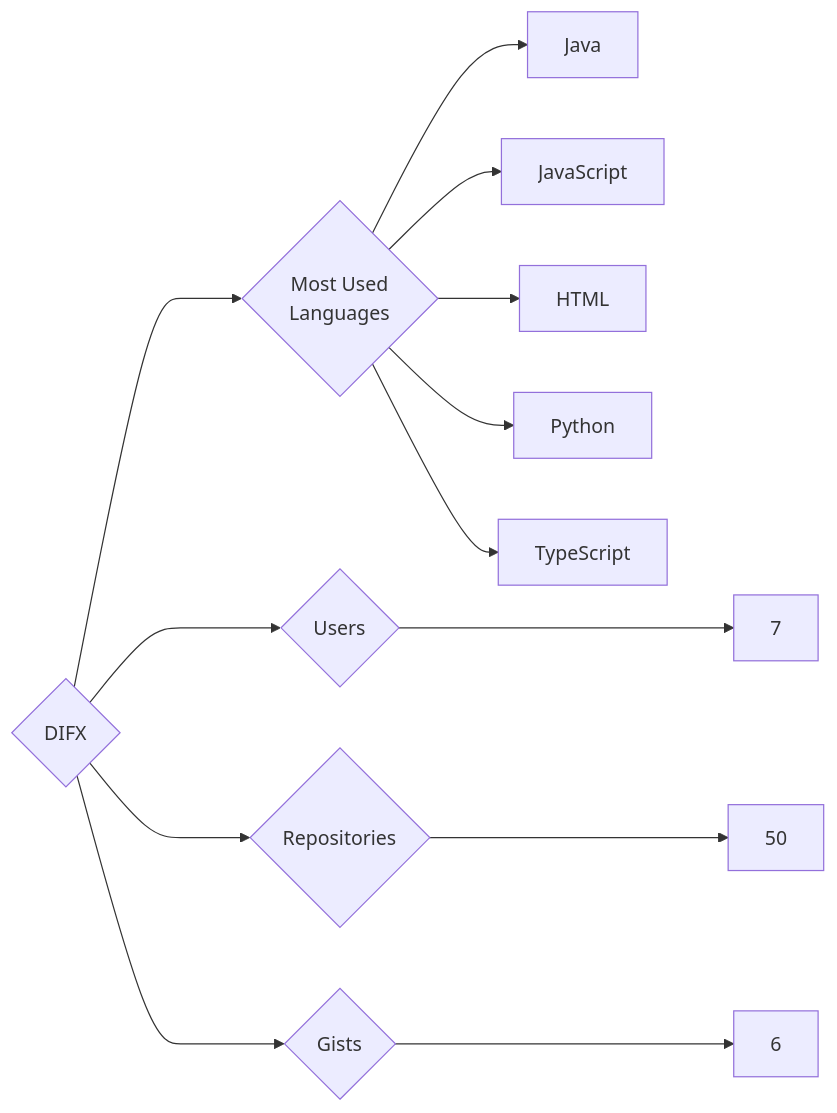
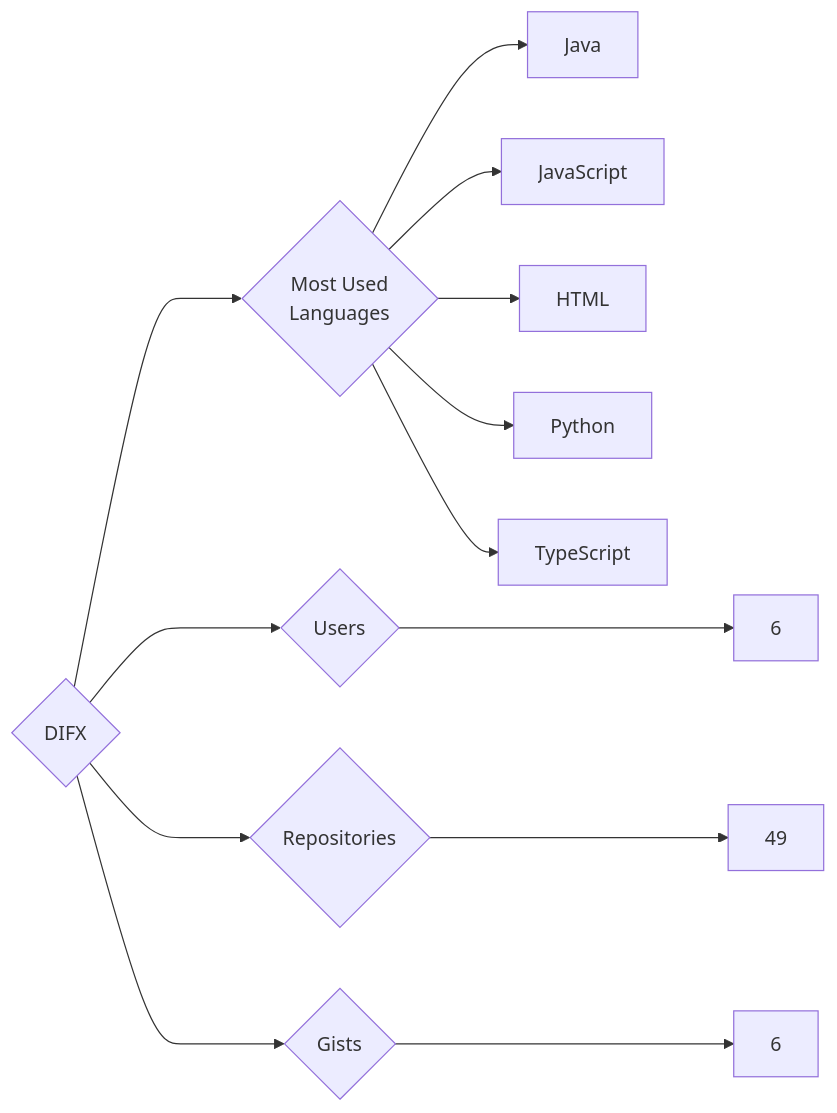
One commit to trickest/insiders changed the diagram in targets/DIFX/README.md. Above: the diagram before and after it, drawn with Mermaid. The commit also changed 1078 other files, not shown here.

````diff
--- a/targets/DIFX/README.md
+++ b/targets/DIFX/README.md
@@ -3,13 +3,13 @@
 ```mermaid
 graph LR
 COMPANY_NAME{DIFX}
-COMPANY_NAME ---> U{Users} ---> UN[7]
-COMPANY_NAME ---> R{Repositories} ---> RN[50]
+COMPANY_NAME ---> U{Users} ---> UN[6]
+COMPANY_NAME ---> R{Repositories} ---> RN[49]
 COMPANY_NAME ---> G{Gists} ---> GN[6]
 COMPANY_NAME ---> ML{Most Used<br>Languages}
 ML --> Java[Java]
 ML --> JavaScript[JavaScript]
 ML --> HTML[HTML]
 ML --> Python[Python]
 ML --> TypeScript[TypeScript]
 ```
````
